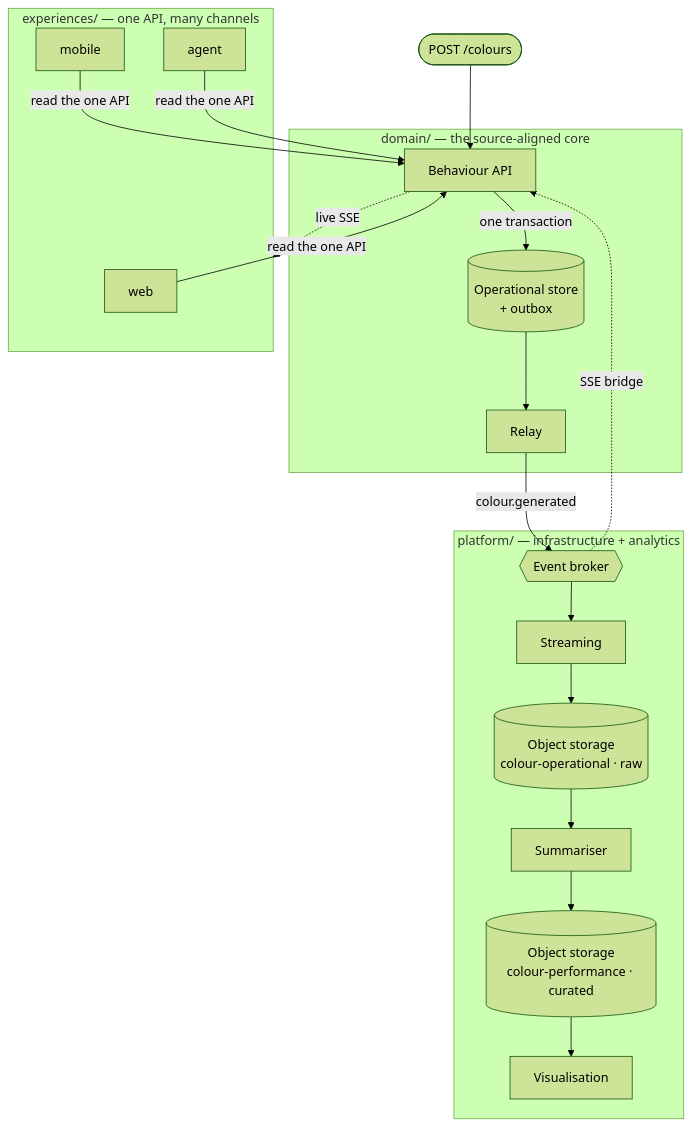
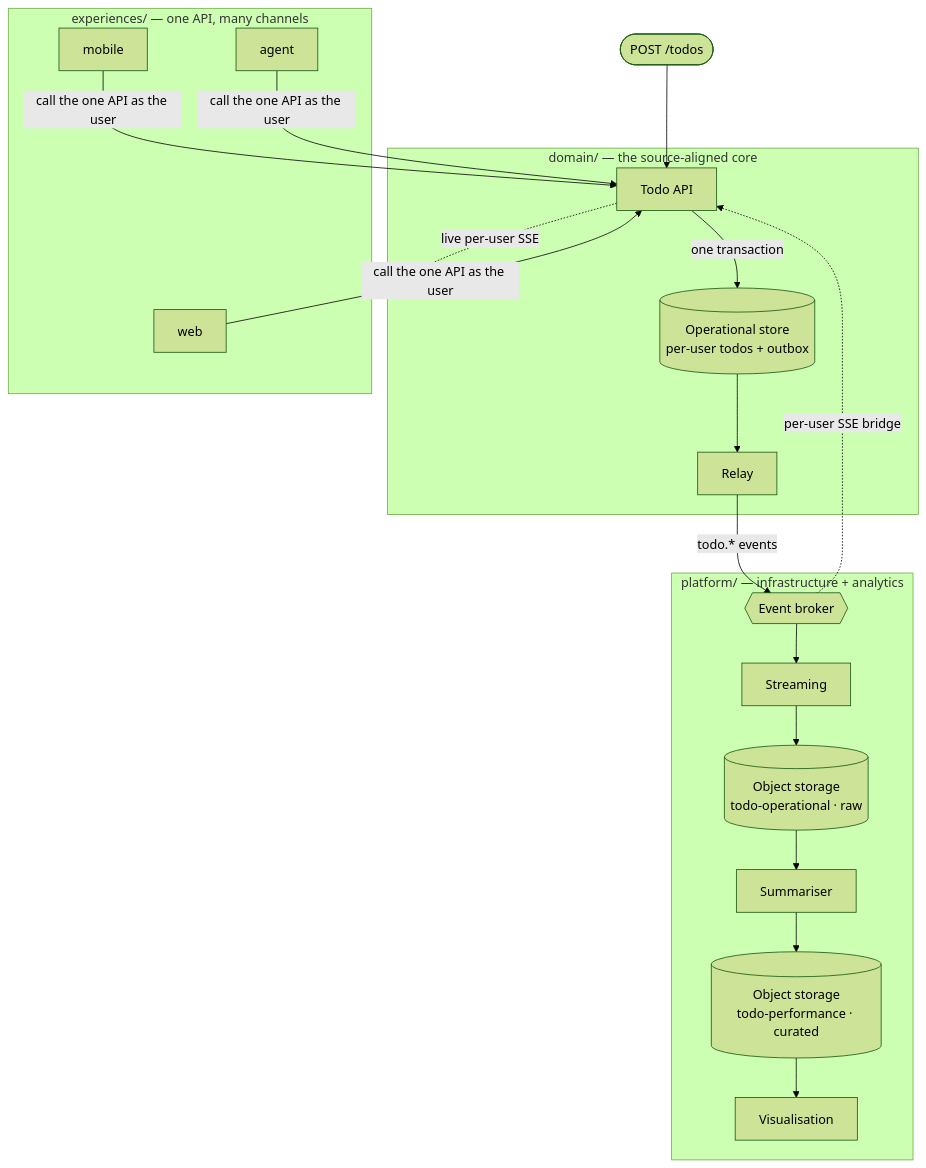
The first of 2 diagrams in docs/architecture/index.md (dataGriff/outcome-app-pattern-cloudflare), drawn with Mermaid (forest theme) before and after one commit. The commit also changed other lines of this file and 16 other files, not shown here.

````diff
--- a/docs/architecture/index.md
+++ b/docs/architecture/index.md
@@ -15,28 +17,28 @@
 ```mermaid
 flowchart TB
-  user([POST /colours]) --> api
+  user([POST /todos]) --> api
   subgraph domain["domain/ — the source-aligned core"]
-    api[Behaviour API]
-    store[("Operational store<br/>+ outbox")]
+    api[Todo API]
+    store[("Operational store<br/>per-user todos + outbox")]
     relay[Relay]
     api -->|one transaction| store --> relay
   end
   subgraph platform["platform/ — infrastructure + analytics"]
     events{{Event broker}}
     streaming[Streaming]
-    raw[("Object storage<br/>colour-operational · raw")]
+    raw[("Object storage<br/>todo-operational · raw")]
     summariser[Summariser]
-    curated[("Object storage<br/>colour-performance · curated")]
+    curated[("Object storage<br/>todo-performance · curated")]
     viz[Visualisation]
     events --> streaming --> raw --> summariser --> curated --> viz
   end
   subgraph experiences["experiences/ — one API, many channels"]
     web[web]
     mobile[mobile]
     agent[agent]
   end
-  relay -->|colour.generated| events
-  events -. SSE bridge .-> api
-  web & mobile & agent -->|read the one API| api
-  api -. live SSE .-> experiences
+  relay -->|todo.* events| events
+  events -. per-user SSE bridge .-> api
+  web & mobile & agent -->|call the one API as the user| api
+  api -. live per-user SSE .-> experiences
 ```
````
